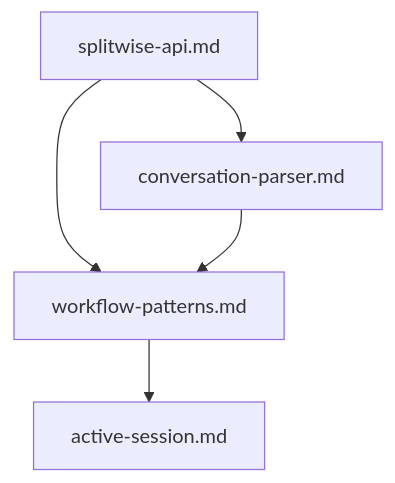
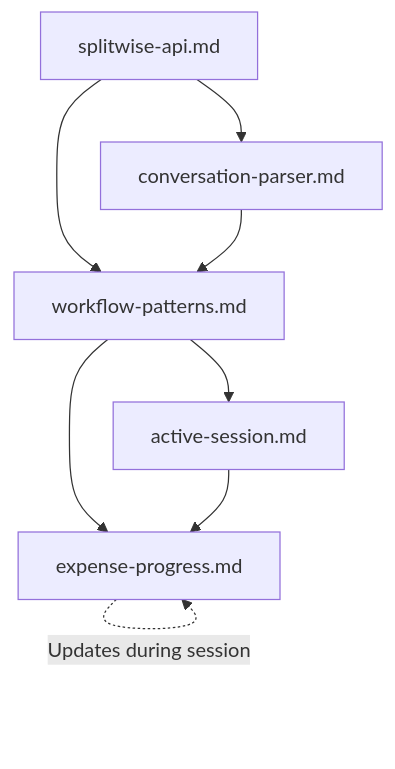
Before and after one commit to RadonX/splitsmart: the first of 2 diagrams in docs/memory_bank/README.md, drawn with Mermaid. The commit also changed other lines of this file, not shown here.

First line of the commit message:
docs: Update memory bank README diagrams to reflect current workflow

````diff
--- a/docs/memory_bank/README.md
+++ b/docs/memory_bank/README.md
@@ -9,7 +9,10 @@
 ```mermaid
 flowchart TD
     API[splitwise-api.md] --> PARSER[conversation-parser.md]
     API --> WORKFLOW[workflow-patterns.md]
     PARSER --> WORKFLOW
     WORKFLOW --> SESSION[active-session.md]
+    WORKFLOW --> PROGRESS[expense-progress.md]
+    SESSION --> PROGRESS
+    PROGRESS -.-> |Updates during session| PROGRESS
 ```
````
